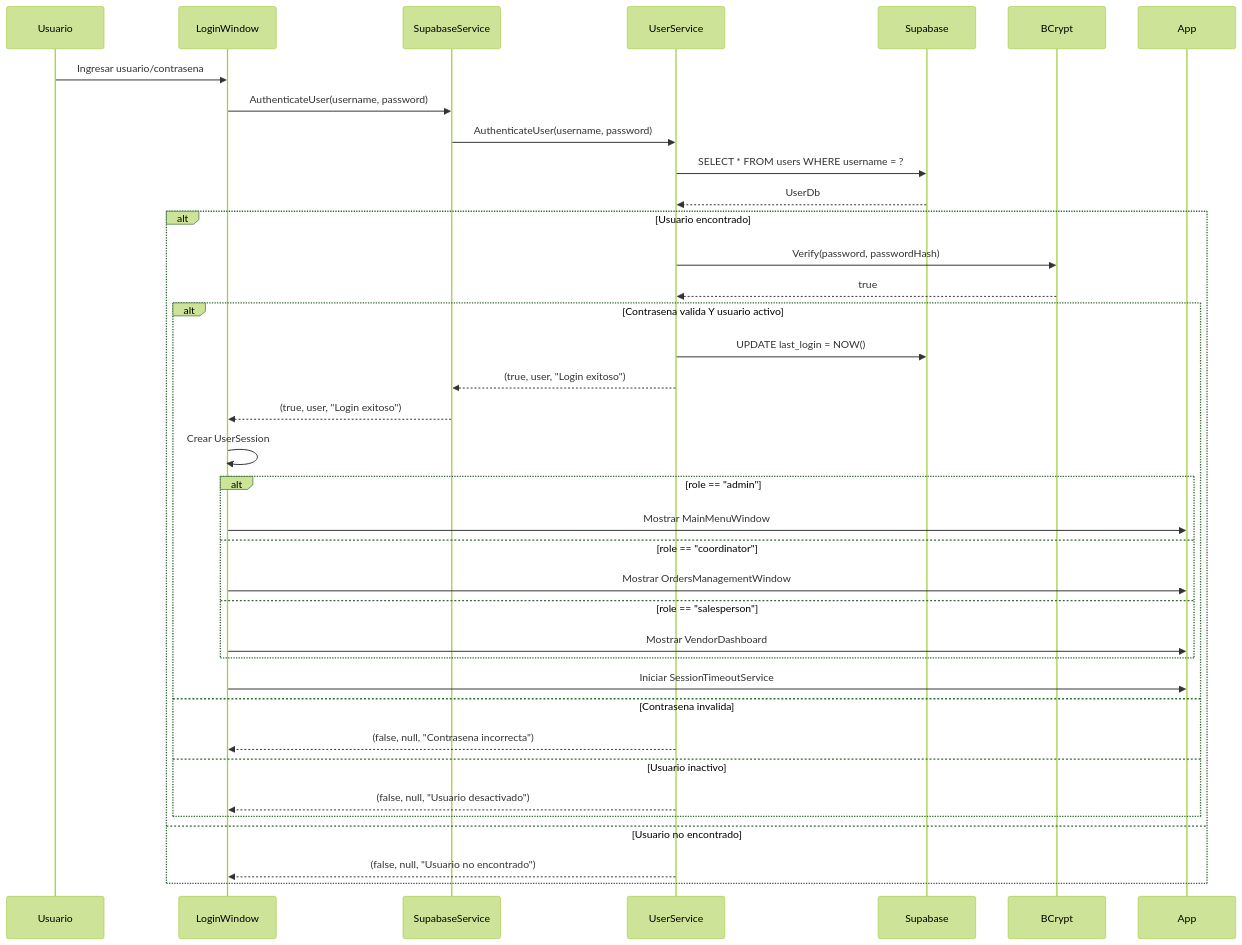
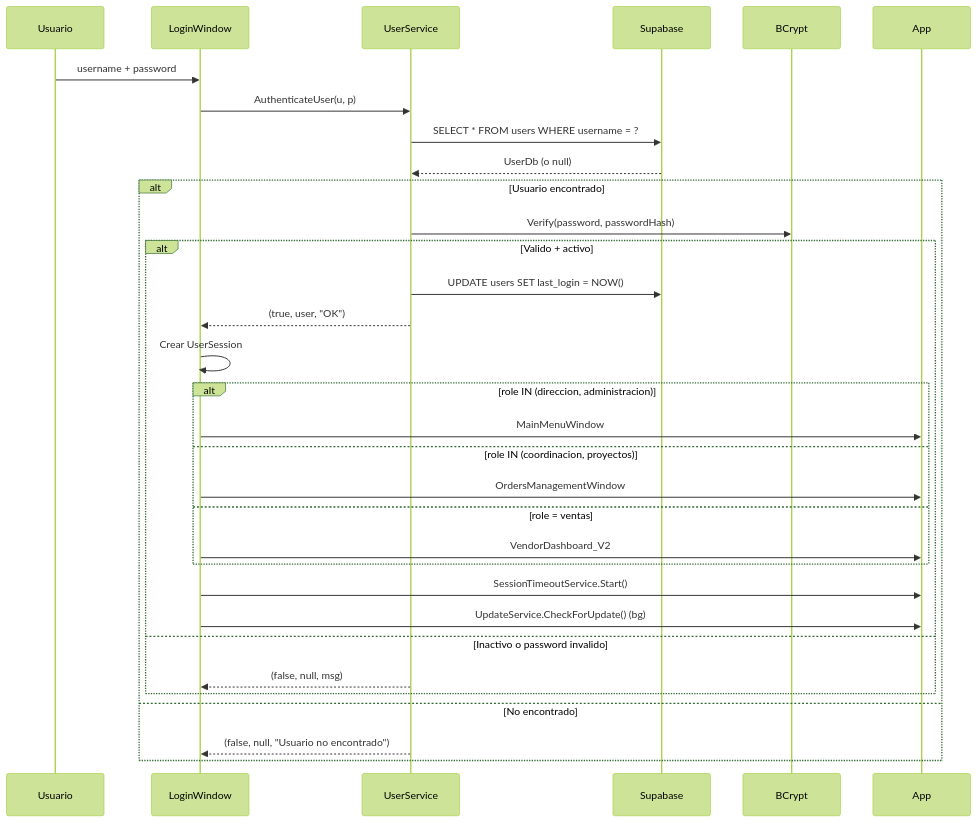
Before and after one commit to Anathema69/MX-VBA: the diagram in docs/04_ROLES_AUTENTICACION.md, drawn with Mermaid (forest theme). The commit also changed other lines of this file and 32 other files, not shown here.

````diff
--- a/docs/04_ROLES_AUTENTICACION.md
+++ b/docs/04_ROLES_AUTENTICACION.md
@@ -96,45 +78,36 @@
 ```mermaid
 sequenceDiagram
     participant U as Usuario
     participant LW as LoginWindow
-    participant SS as SupabaseService
     participant US as UserService
     participant DB as Supabase
     participant BC as BCrypt
     participant APP as App
 
-    U->>LW: Ingresar usuario/contrasena
-    LW->>SS: AuthenticateUser(username, password)
-    SS->>US: AuthenticateUser(username, password)
+    U->>LW: username + password
+    LW->>US: AuthenticateUser(u, p)
     US->>DB: SELECT * FROM users WHERE username = ?
-    DB-->>US: UserDb
+    DB-->>US: UserDb (o null)
 
     alt Usuario encontrado
         US->>BC: Verify(password, passwordHash)
-        BC-->>US: true
-
-        alt Contrasena valida Y usuario activo
-            US->>DB: UPDATE last_login = NOW()
-            US-->>SS: (true, user, "Login exitoso")
-            SS-->>LW: (true, user, "Login exitoso")
-
+        alt Valido + activo
+            US->>DB: UPDATE users SET last_login = NOW()
+            US-->>LW: (true, user, "OK")
             LW->>LW: Crear UserSession
-
-            alt role == "admin"
-                LW->>APP: Mostrar MainMenuWindow
-            else role == "coordinator"
-                LW->>APP: Mostrar OrdersManagementWindow
-            else role == "salesperson"
-                LW->>APP: Mostrar VendorDashboard
+            alt role IN (direccion, administracion)
+                LW->>APP: MainMenuWindow
+            else role IN (coordinacion, proyectos)
+                LW->>APP: OrdersManagementWindow
+            else role = ventas
+                LW->>APP: VendorDashboard_V2
             end
-
-            LW->>APP: Iniciar SessionTimeoutService
-        else Contrasena invalida
-            US-->>LW: (false, null, "Contrasena incorrecta")
-        else Usuario inactivo
-            US-->>LW: (false, null, "Usuario desactivado")
+            LW->>APP: SessionTimeoutService.Start()
+            LW->>APP: UpdateService.CheckForUpdate() (bg)
+        else Inactivo o password invalido
+            US-->>LW: (false, null, msg)
         end
-    else Usuario no encontrado
+    else No encontrado
         US-->>LW: (false, null, "Usuario no encontrado")
     end
 ```
````
